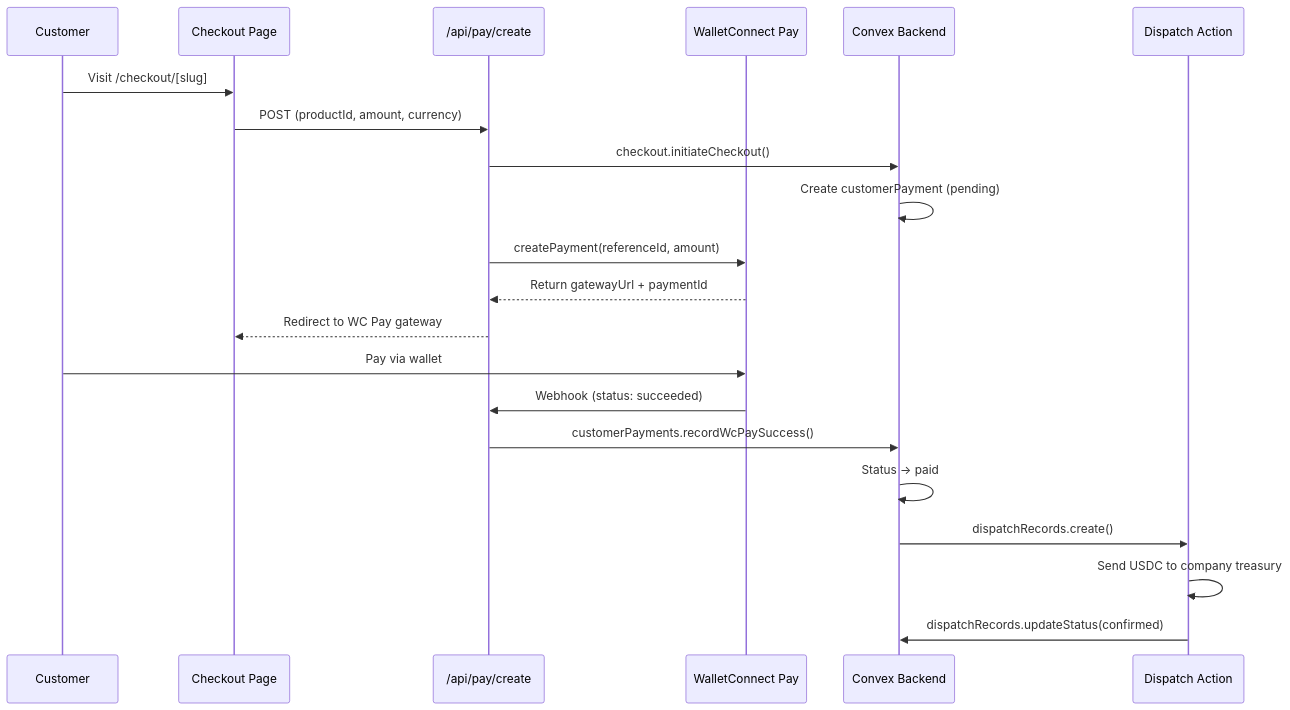
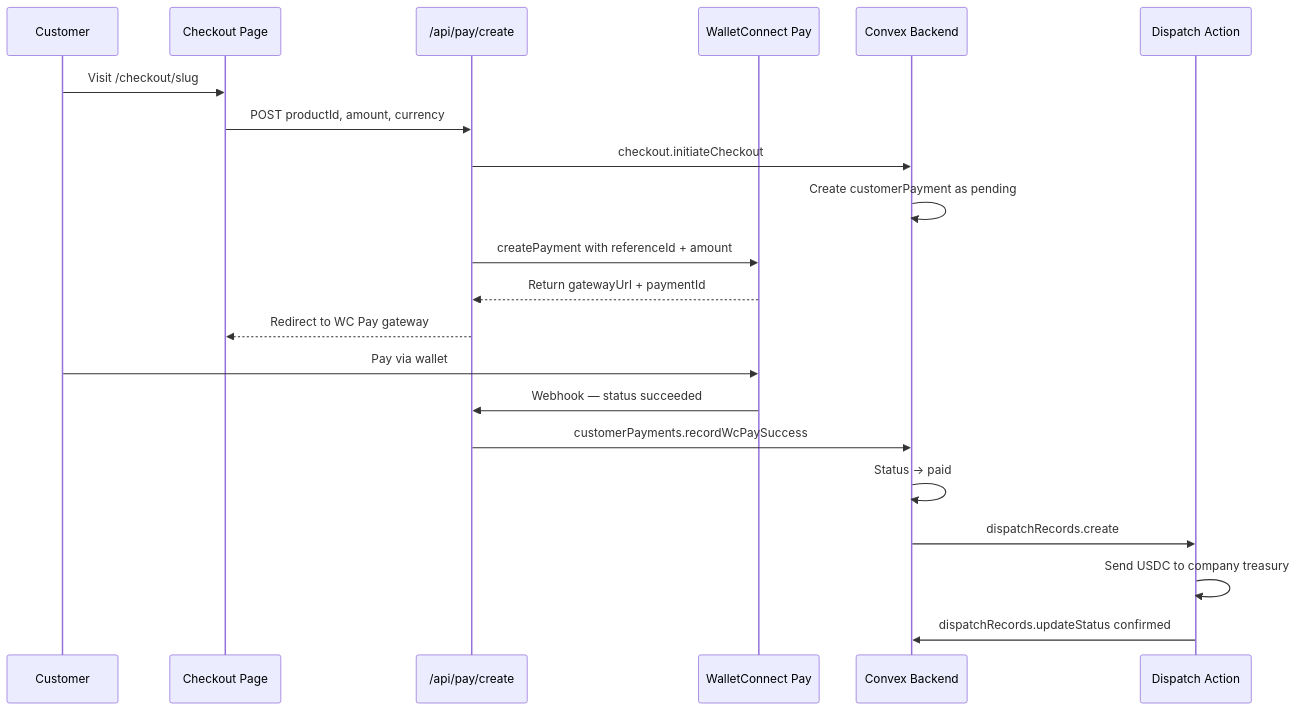
Before and after one commit to Cannes2026EthGlobal/webapp: the third of 6 diagrams in ARCHITECTURE.md, drawn with Mermaid. The commit also changed other lines of this file, not shown here.

Commit message:
fix: escape Mermaid syntax — remove parentheses from link labels and rename reserved PS alias

````diff
--- a/ARCHITECTURE.md
+++ b/ARCHITECTURE.md
@@ -238,24 +238,24 @@
 ```mermaid
 sequenceDiagram
     participant CU as Customer
     participant CK as Checkout Page
     participant API as /api/pay/create
     participant WC as WalletConnect Pay
     participant CX as Convex Backend
     participant DP as Dispatch Action
 
-    CU->>CK: Visit /checkout/[slug]
-    CK->>API: POST (productId, amount, currency)
-    API->>CX: checkout.initiateCheckout()
-    CX->>CX: Create customerPayment (pending)
-    API->>WC: createPayment(referenceId, amount)
+    CU->>CK: Visit /checkout/slug
+    CK->>API: POST productId, amount, currency
+    API->>CX: checkout.initiateCheckout
+    CX->>CX: Create customerPayment as pending
+    API->>WC: createPayment with referenceId + amount
     WC-->>API: Return gatewayUrl + paymentId
     API-->>CK: Redirect to WC Pay gateway
     CU->>WC: Pay via wallet
-    WC->>API: Webhook (status: succeeded)
-    API->>CX: customerPayments.recordWcPaySuccess()
+    WC->>API: Webhook — status succeeded
+    API->>CX: customerPayments.recordWcPaySuccess
     CX->>CX: Status → paid
-    CX->>DP: dispatchRecords.create()
+    CX->>DP: dispatchRecords.create
     DP->>DP: Send USDC to company treasury
-    DP->>CX: dispatchRecords.updateStatus(confirmed)
+    DP->>CX: dispatchRecords.updateStatus confirmed
 ```
````
